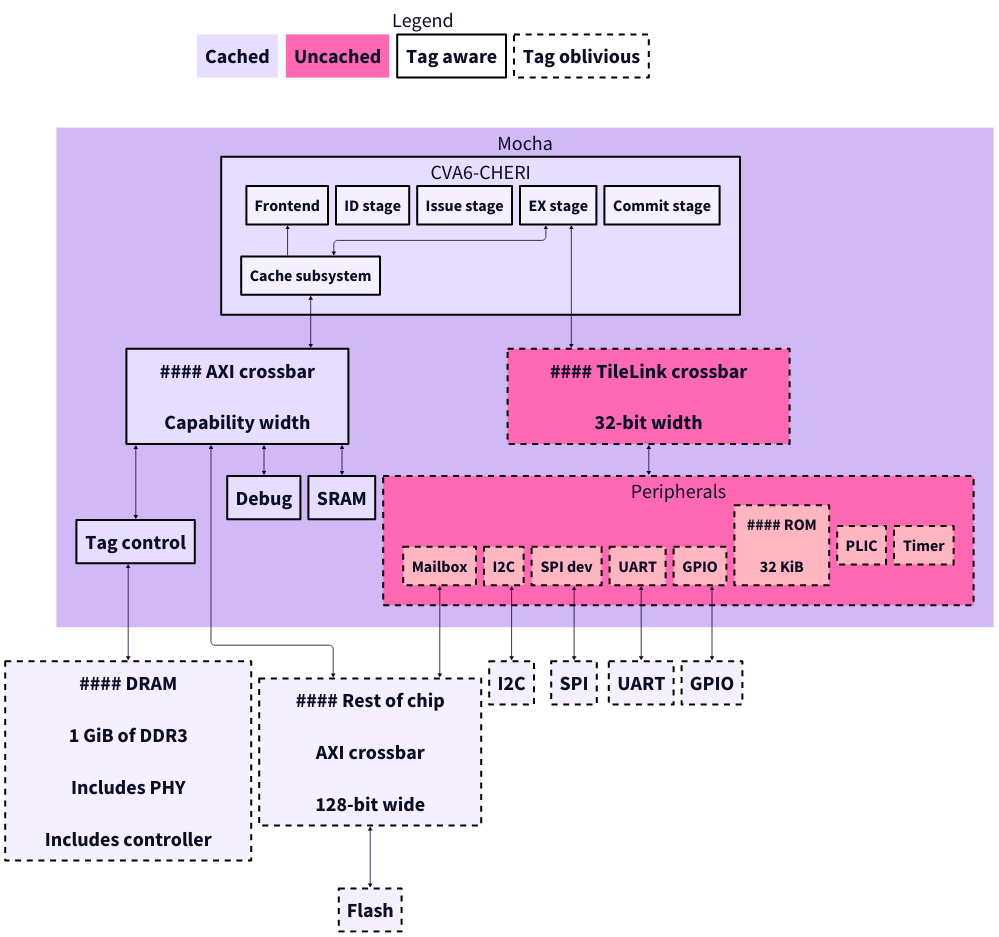
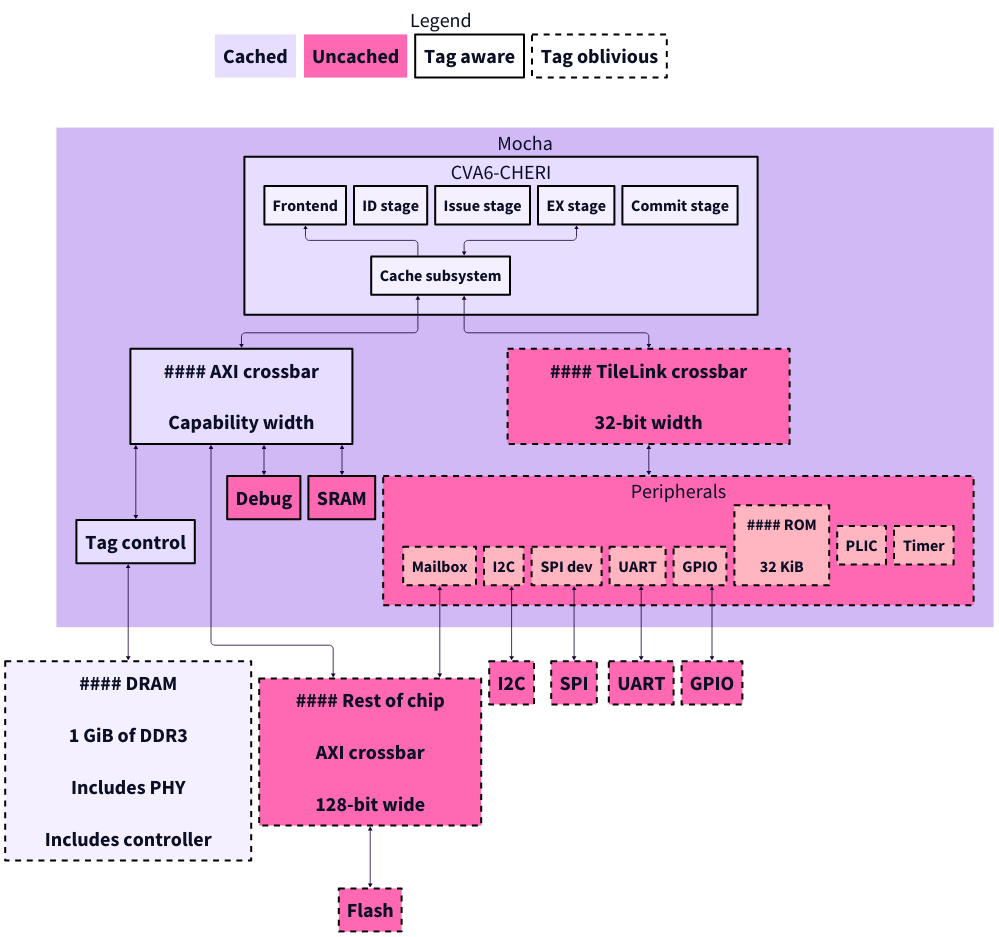
Before and after one commit to lowRISC/mocha: the diagram in doc/img/mocha.d2, drawn with D2. The commit also changed 1 other file, not shown here.

Commit message:
[doc] Caching fixed in diagram
This commit makes caching more accurately depicted in the Mocha block
diagram. Firstly, the TL-UL bus is connected to the cache subsystem.
Secondly, there are certain devices on the AXI bus and outside the Mocha
system that are considered uncached.

```diff
--- a/doc/img/mocha.d2
+++ b/doc/img/mocha.d2
@@ -1,180 +1,188 @@
 # Global settings
 vars: {
   d2-config: {
     layout-engine: elk
     theme-id: 7
   }
 }
 
 dram: |md
     #### DRAM
 
     1 GiB of DDR3
 
     Includes PHY
 
     Includes controller
 |
 dram.shape: rectangle
 dram.style.stroke-dash: 3
 
 Mocha: {
     # Processor arriane.sv includes just cva6.sv
     CVA6-CHERI {
         # csr_regfile
         #CSR regfile
         # perf_counters
         #Performance counters
         #Controller
         #Tracing: {
         #    # instr_tracer
         #    Instruction tracer
         #    # cva6_rvfi_probes
         #    RVFI probes
         #}
         Frontend
         # id_stage
         ID stage
         # issue_stage
         Issue stage
         # ex_stage
         EX stage
         # commit_stage
         Commit stage
         # cache_subsystem
         Cache subsystem
 
         # memory
         Frontend <- Cache subsystem
         EX stage <-> Cache subsystem
     }
 
     axi: |md
         #### AXI crossbar
 
         Capability width
     |
     axi.shape: rectangle
 
     tlul: |md
         #### TileLink crossbar
 
         32-bit width
     |
     tlul.shape: rectangle
     # Uncached
     tlul.style.fill: hotpink
     # Tag oblivious
     tlul.style.stroke-dash: 3
 
 
-    CVA6-CHERI.cache subsystem <-> axi
-    CVA6-CHERI.EX stage <-> tlul
+    CVA6-CHERI.Cache subsystem <-> axi
+    CVA6-CHERI.Cache subsystem <-> tlul
     axi <-> Tag control
     axi <-> Debug
+    Debug.style.fill: hotpink
     axi <-> SRAM
+    SRAM.style.fill: hotpink
 
     Peripherals {
         Mailbox
         Mailbox.style.fill:lightpink
         Mailbox.style.stroke-dash: 3
         I2C
         I2C.style.fill: lightpink
         I2C.style.stroke-dash: 3
         SPI dev
         SPI dev.style.fill: lightpink
         SPI dev.style.stroke-dash: 3
         UART
         UART.style.fill: lightpink
         UART.style.stroke-dash: 3
         # USB device
         GPIO
         GPIO.style.fill: lightpink
         GPIO.style.stroke-dash: 3
         rom: |md
             #### ROM
 
             32 KiB
         |
         rom.shape: rectangle
         rom.style.fill: lightpink
         rom.style.stroke-dash: 3
         PLIC
         PLIC.style.fill:lightpink
         PLIC.style.stroke-dash: 3
         Timer
         Timer.style.fill: lightpink
         Timer.style.stroke-dash: 3
     }
     # Uncached
     Peripherals.style.fill: hotpink
     # Tag oblivious
     Peripherals.style.stroke-dash: 3
 
     tlul <-> Peripherals
 }
 
 chip: |md
     #### Rest of chip
 
     AXI crossbar
 
     128-bit wide
 |
 chip.shape: rectangle
+chip.style.fill: hotpink
 chip.style.stroke-dash: 3
 
 chip <-> Flash
+Flash.style.fill: hotpink
 Flash.style.stroke-dash: 3
 
 # External interfaces
 Mocha.Tag control <-> dram
 Mocha.axi <-> chip
 Mocha.Peripherals.Mailbox <-> chip
 Mocha.Peripherals.I2C <-> I2C
+I2C.style.fill: hotpink
 I2C.style.stroke-dash: 3
 Mocha.Peripherals.SPI dev <-> SPI
+SPI.style.fill: hotpink
 SPI.style.stroke-dash: 3
 Mocha.Peripherals.UART <-> UART
+UART.style.fill: hotpink
 UART.style.stroke-dash: 3
 Mocha.Peripherals.GPIO <-> GPIO
+GPIO.style.fill: hotpink
 GPIO.style.stroke-dash: 3
 
 # Legend
 Legend {
 Cached
 Uncached
 Tag aware
 Tag oblivious
 Uncached.style.fill: hotpink
 Tag aware.style.fill: transparent
 Tag oblivious.style.fill: transparent
 Tag oblivious.style.stroke-dash: 3
 }
 Legend <-> Mocha.CVA6-CHERI {
     style: {
         stroke: transparent
     }
 }
 Legend.style.fill: transparent
 
 # Set global font size
 *.style.font-size: 50
 *.*.style.font-size: 50
 *.*.*.style.font-size: 40
 
 # Set global stroke width
 *.style.stroke-width: 5
 *.*.style.stroke-width: 5
 *.*.*.style.stroke-width: 5
 
 # Set global stroke color
 *.style.stroke: black
 *.*.style.stroke: black
 *.*.*.style.stroke: black
 
 # Global overrides
 Mocha.style.stroke: transparent
 Legend.style.stroke: transparent
 Legend.Cached.style.stroke-width: 0
 Legend.Uncached.style.stroke-width: 0
```
